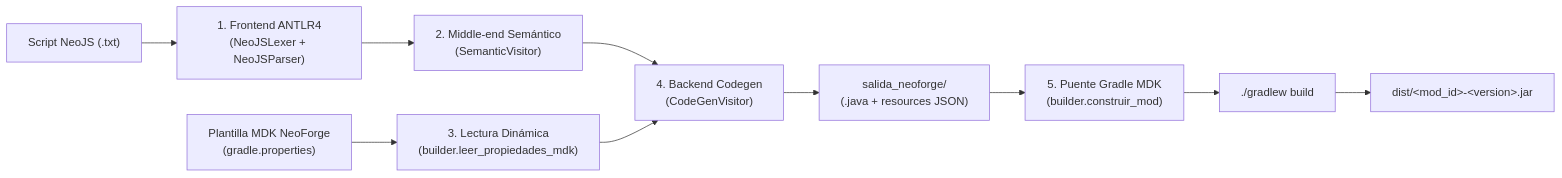
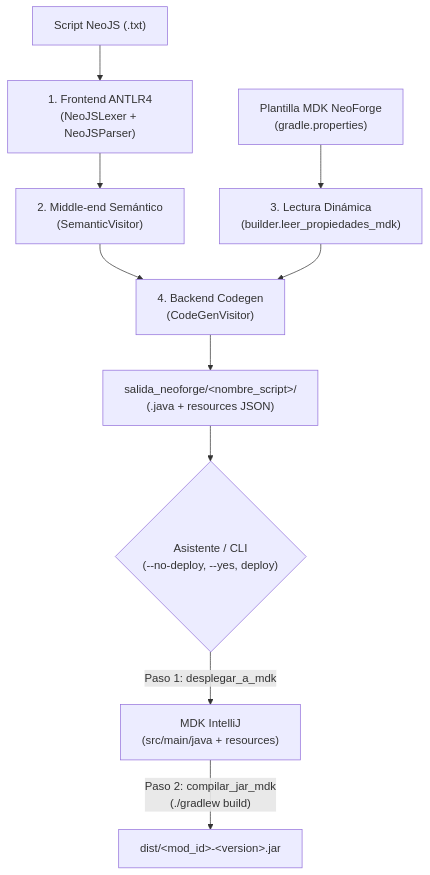
The diagram in ARCHITECTURE.md (xLvkie/NeoJS), drawn with Mermaid before and after one commit. The commit also changed other lines of this file and 8 other files, not shown here.

Commit message:
feat(compilation): Se implemento reglas basicas de compilación como permitir la construcción del .jar o desplegar una compilación hacia el MDK.

````diff
--- a/ARCHITECTURE.md
+++ b/ARCHITECTURE.md
@@ -13,12 +13,12 @@
 ```mermaid
-flowchart LR
+flowchart TD
     A["Script NeoJS (.txt)"] --> B["1. Frontend ANTLR4<br/>(NeoJSLexer + NeoJSParser)"]
     B --> C["2. Middle-end Semántico<br/>(SemanticVisitor)"]
     D["Plantilla MDK NeoForge<br/>(gradle.properties)"] --> E["3. Lectura Dinámica<br/>(builder.leer_propiedades_mdk)"]
     C --> F["4. Backend Codegen<br/>(CodeGenVisitor)"]
     E --> F
-    F --> G["salida_neoforge/<br/>(.java + resources JSON)"]
-    G --> H["5. Puente Gradle MDK<br/>(builder.construir_mod)"]
-    H --> I["./gradlew build"]
-    I --> J["dist/&lt;mod_id&gt;-&lt;version&gt;.jar"]
+    F --> G["salida_neoforge/&lt;nombre_script&gt;/<br/>(.java + resources JSON)"]
+    G --> H{"Asistente / CLI<br/>(--no-deploy, --yes, deploy)"}
+    H -- "Paso 1: desplegar_a_mdk" --> I["MDK IntelliJ<br/>(src/main/java + resources)"]
+    I -- "Paso 2: compilar_jar_mdk<br/>(./gradlew build)" --> J["dist/&lt;mod_id&gt;-&lt;version&gt;.jar"]
 ```
````
